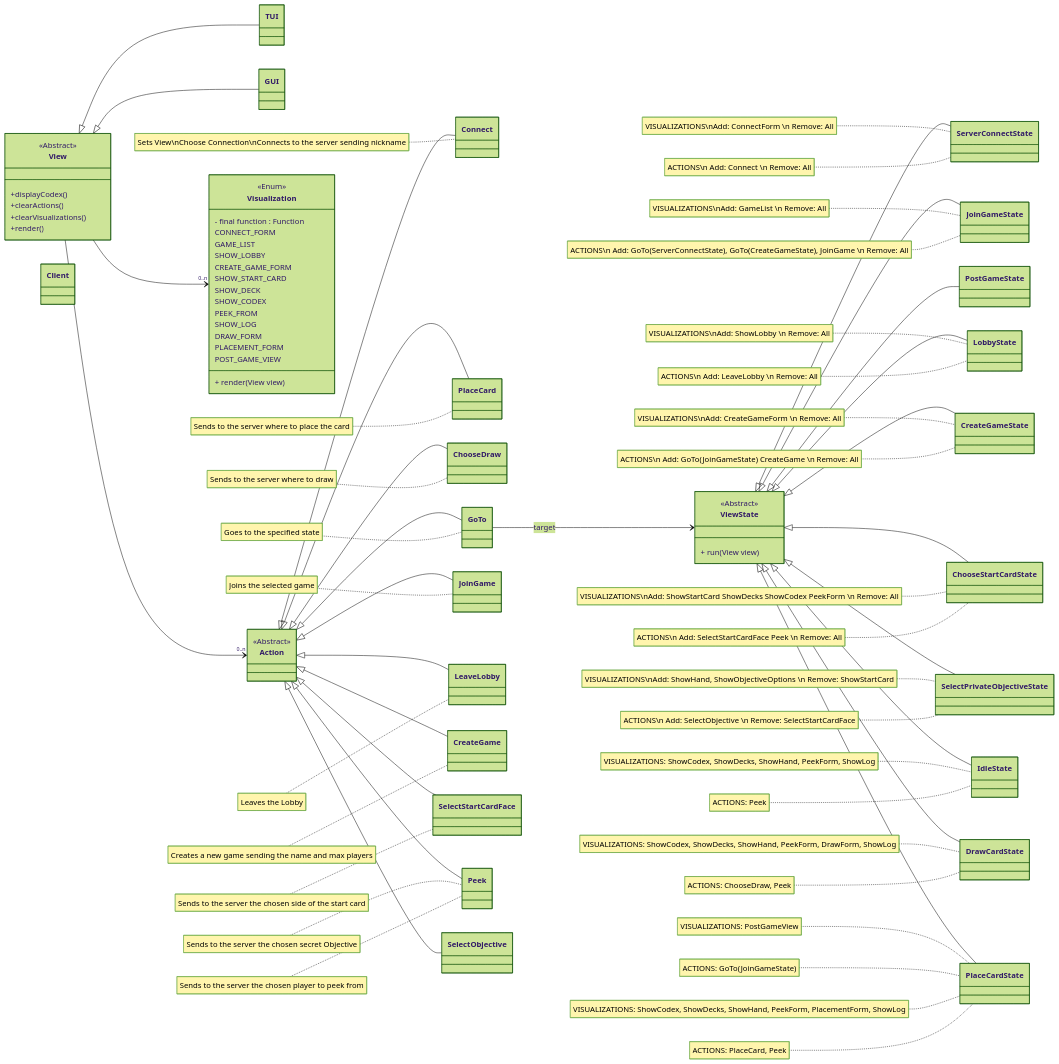
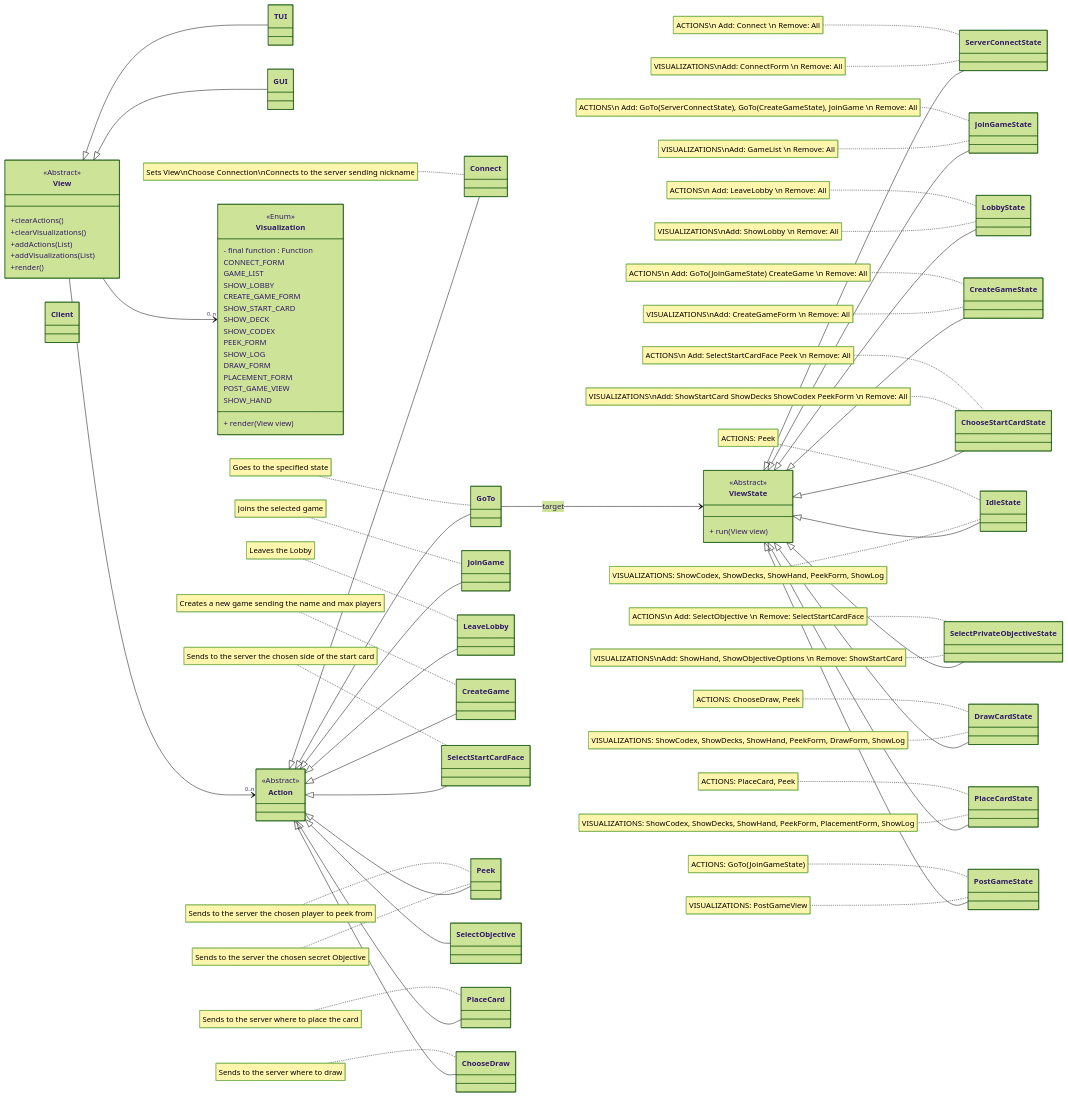
The diagram in deliverable/Uml_draft_view.md (Software-Engineering-Project-PoliMi2024/ing-sw-2024-Figini-Ginefra-Grisoni-Lanzafame), drawn with Mermaid (forest theme) before and after one commit. The commit also changed 9 other files, not shown here.

```diff
--- a/deliverable/Uml_draft_view.md
+++ b/deliverable/Uml_draft_view.md
@@ -23,8 +23,6 @@
 
 
     Action <|-- Connect
-    Action <|-- PlaceCard
-    Action <|-- ChooseDraw
     Action <|-- GoTo
     Action <|-- JoinGame
     Action <|-- LeaveLobby
@@ -32,6 +30,8 @@
     Action <|-- SelectStartCardFace
     Action <|-- Peek
     Action <|-- SelectObjective
+    Action <|-- PlaceCard
+    Action <|-- ChooseDraw
 
     GoTo --> ViewState : target
 
@@ -99,15 +99,16 @@
     class PostGameState{
 
     }
-    note for PlaceCardState "ACTIONS: GoTo(JoinGameState)"
-    note for PlaceCardState "VISUALIZATIONS: PostGameView"
+    note for PostGameState "ACTIONS: GoTo(JoinGameState)"
+    note for PostGameState "VISUALIZATIONS: PostGameView"
 
 
     class View{
         <<Abstract>>
-        +displayCodex()
         +clearActions()
         +clearVisualizations()
+        +addActions(List<Action>)
+        +addVisualizations(List<Visualization>)
         +render()
     }
 
@@ -135,11 +136,12 @@
         SHOW_START_CARD
         SHOW_DECK
         SHOW_CODEX
-        PEEK_FROM
+        PEEK_FORM
         SHOW_LOG
         DRAW_FORM
         PLACEMENT_FORM
         POST_GAME_VIEW
+        SHOW_HAND
     }
 
     class Action{
```
